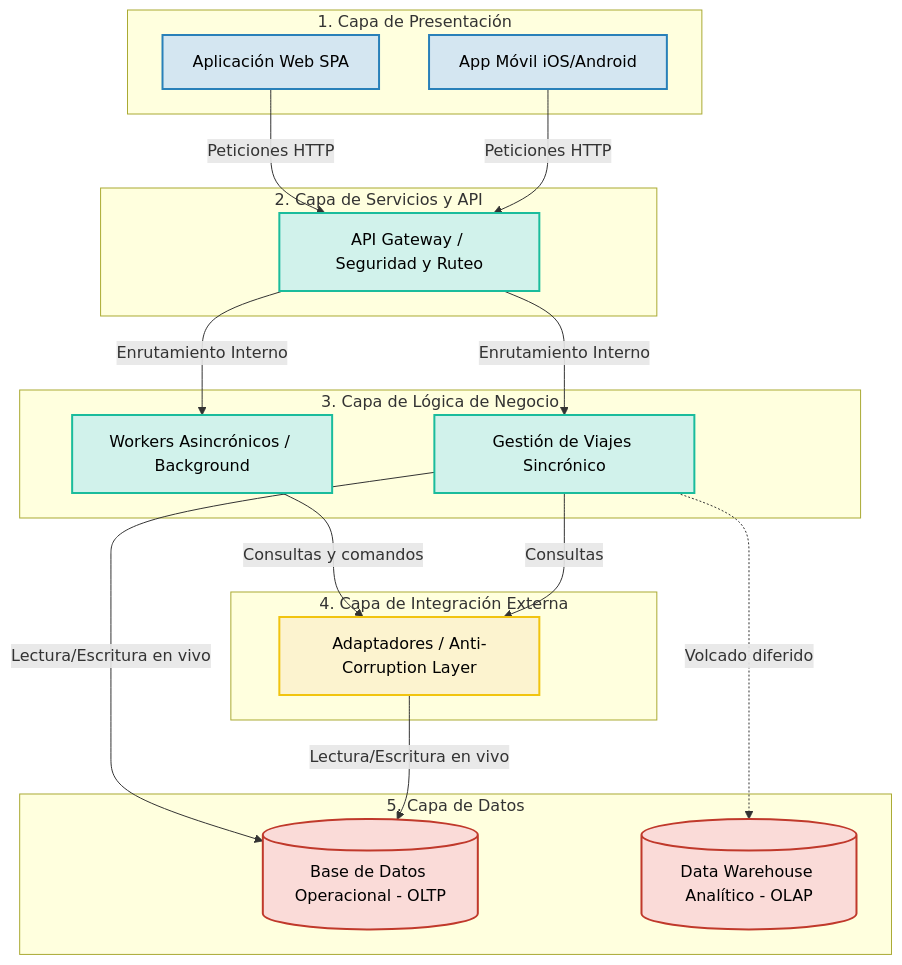
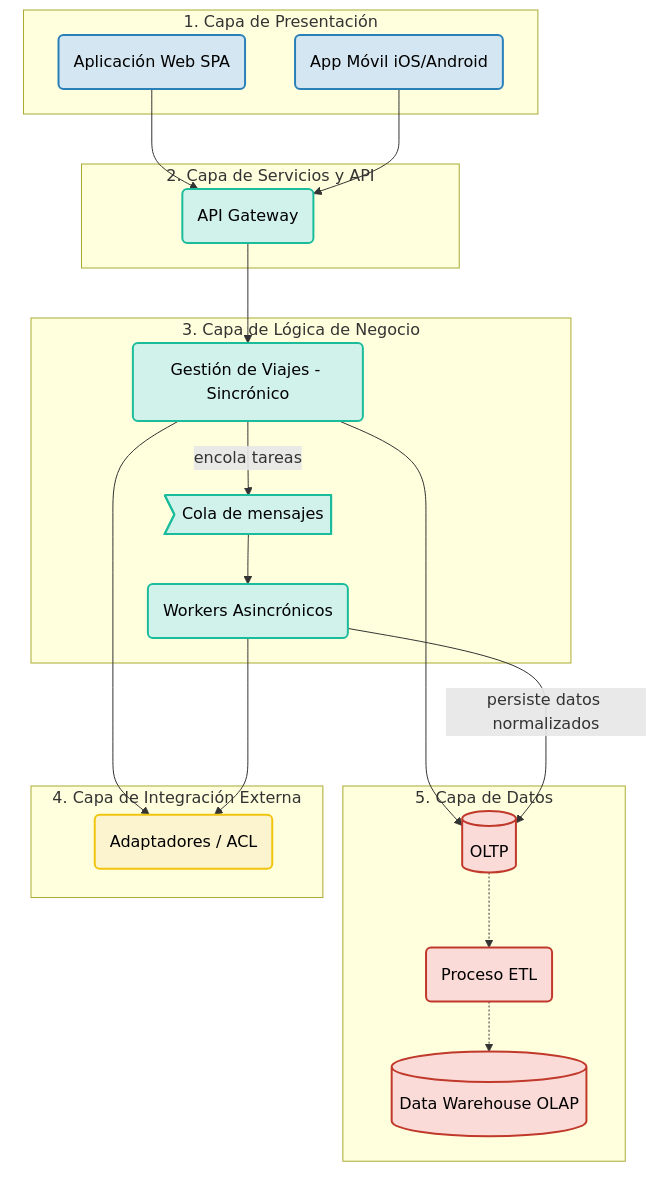
Before and after one commit to ulisesmatteoda/Trotamundos-Grupo23: the second of 2 diagrams in Iteraciones/Iteracion-1.md, drawn with Mermaid.

Commit message:
Actualizacion

````diff
--- a/Iteraciones/Iteracion-1.md
+++ b/Iteraciones/Iteracion-1.md
@@ -105,48 +105,54 @@
 ```mermaid
 flowchart TD
-    %% Estilos de las cajas
-    classDef layer fill:#f9f9f9,stroke:#333,stroke-width:2px,color:#333;
     classDef client fill:#d4e6f1,stroke:#2980b9,stroke-width:2px,color:#000;
     classDef core fill:#d1f2eb,stroke:#1abc9c,stroke-width:2px,color:#000;
     classDef data fill:#fadbd8,stroke:#c0392b,stroke-width:2px,color:#000;
     classDef external fill:#fcf3cf,stroke:#f1c40f,stroke-width:2px,color:#000;
 
-    %% Nodos principales
-    subgraph CapaPresentacion [1. Capa de Presentación]
-        Web[Aplicación Web SPA]:::client
-        App[App Móvil iOS/Android]:::client
+    subgraph CapaPresentacion ["1. Capa de Presentación"]
+        Web("Aplicación Web SPA"):::client
+        App("App Móvil iOS/Android"):::client
     end
 
-    subgraph CapaAPI [2. Capa de Servicios y API]
-        Gateway[API Gateway / Seguridad y Ruteo]:::core
+    subgraph CapaAPI ["2. Capa de Servicios y API"]
+        Gateway("API Gateway"):::core
     end
 
-    subgraph CapaNegocio [3. Capa de Lógica de Negocio]
-        Sync[Gestión de Viajes Sincrónico]:::core
-        Async[Workers Asincrónicos / Background]:::core
+    subgraph CapaNegocio ["3. Capa de Lógica de Negocio"]
+        Sync("Gestión de Viajes - Sincrónico"):::core
+        Queue>Cola de mensajes]:::core
+        Async("Workers Asincrónicos"):::core
+        
+        Sync -- "encola tareas" --> Queue
+        Queue --> Async
     end
 
-    subgraph CapaIntegracion [4. Capa de Integración Externa]
-        Adapters[Adaptadores / Anti-Corruption Layer]:::external
+    %% Capas inferiores en paralelo
+    subgraph BottomLayers [" "]
+        style BottomLayers fill:none,stroke:none
+        
+        subgraph CapaDatos ["5. Capa de Datos"]
+            OLTP[("OLTP")]:::data
+            ETL("Proceso ETL"):::data
+            OLAP[("Data Warehouse OLAP")]:::data
+            
+            OLTP -.-> ETL
+            ETL -.-> OLAP
+        end
+
+        subgraph CapaIntegracion ["4. Capa de Integración Externa"]
+            Adapters("Adaptadores / ACL"):::external
+        end
     end
 
-    subgraph CapaDatos [5. Capa de Datos]
-        OLTP[(Base de Datos Operacional - OLTP)]:::data
-        OLAP[(Data Warehouse Analítico - OLAP)]:::data
-    end
-
-    %% Relaciones y flujo de datos
-    Web -->|Peticiones HTTP| Gateway
-    App -->|Peticiones HTTP| Gateway
+    Web --> Gateway
+    App --> Gateway
     
-    Gateway -->|Enrutamiento Interno| Sync
-    Gateway -->|Enrutamiento Interno| Async
+    Gateway --> Sync
     
-    Sync -->|Lectura/Escritura en vivo| OLTP
-    Sync -.->|Volcado diferido| OLAP
+    Sync --> Adapters
+    Sync --> OLTP
     
-    Async -->|Consultas y comandos| Adapters
-    Sync -->|Consultas| Adapters
-    
-    Adapters -->|Lectura/Escritura en vivo| OLTP
+    Async --> Adapters
+    Async -- "persiste datos normalizados" --> OLTP
 ```
````
